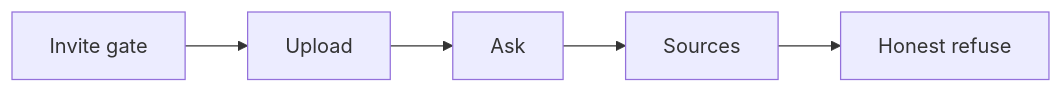
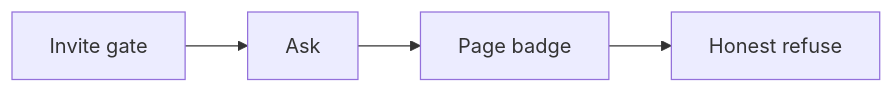
Before and after one commit to RoxanaTapia/ai-doc-to-chat-pipeline: the diagram in docs/product/demo-script.md, drawn with Mermaid. The commit also changed other lines of this file and 28 other files, not shown here.

````diff
--- a/docs/product/demo-script.md
+++ b/docs/product/demo-script.md
@@ -13,7 +13,6 @@
 ```mermaid
 flowchart LR
-  Gate[Invite gate] --> Upload
-  Upload --> Ask
-  Ask --> Sources
-  Sources --> Refuse[Honest refuse]
+  Gate[Invite gate] --> Ask
+  Ask --> Page[Page badge]
+  Page --> Refuse[Honest refuse]
 ```
````
